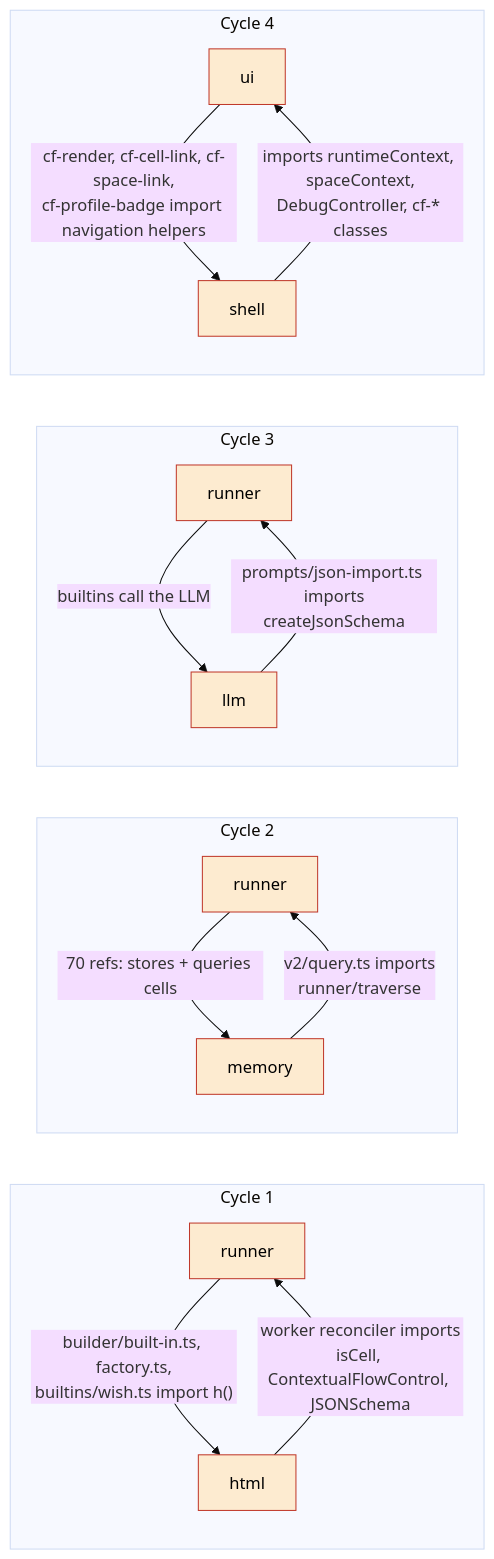
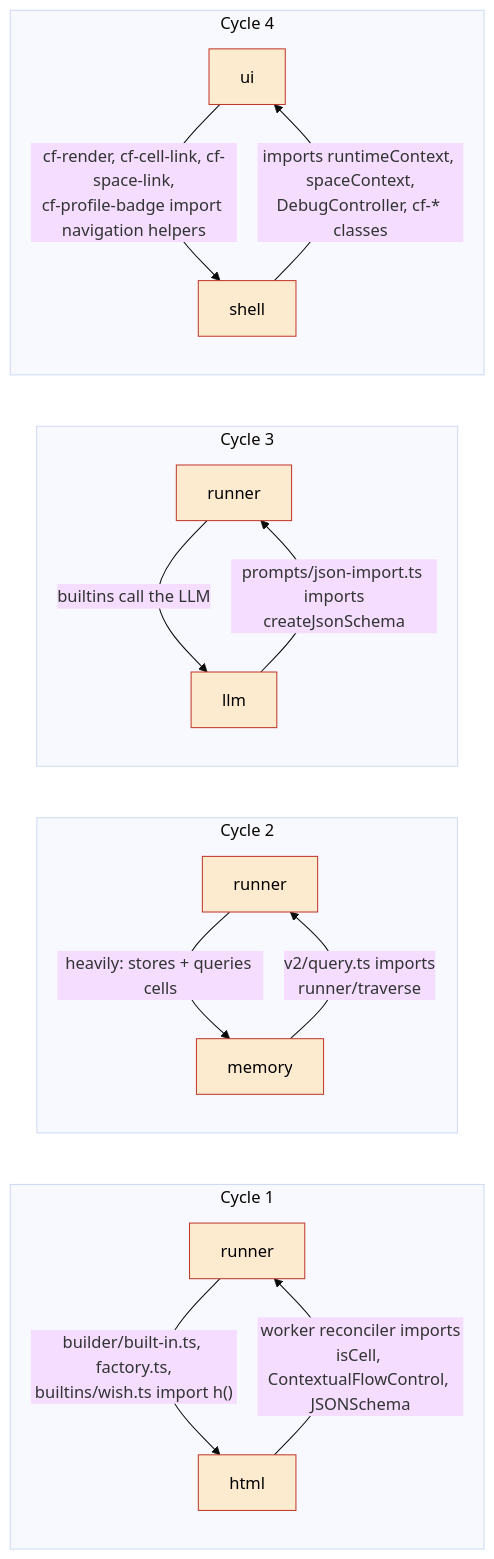
One commit to commontoolsinc/labs changed the third of 3 diagrams in docs/development/orientation/dependency-graph.md. Above: the diagram before and after it, drawn with Mermaid (base theme). The commit also changed other lines of this file and 8 other files, not shown here.

````diff
--- a/docs/development/orientation/dependency-graph.md
+++ b/docs/development/orientation/dependency-graph.md
@@ -123,29 +124,29 @@
 ```mermaid
 flowchart LR
     classDef cyc fill:#fdebd0,stroke:#c0392b,color:#000
 
     subgraph c1["Cycle 1"]
         runner1["runner"]:::cyc
         html1["html"]:::cyc
         runner1 -->|"builder/built-in.ts, factory.ts,<br/>builtins/wish.ts import h()"| html1
         html1 -->|"worker reconciler imports<br/>isCell, ContextualFlowControl, JSONSchema"| runner1
     end
     subgraph c2["Cycle 2"]
         runner2["runner"]:::cyc
         memory2["memory"]:::cyc
-        runner2 -->|"70 refs: stores + queries cells"| memory2
+        runner2 -->|"heavily: stores + queries cells"| memory2
         memory2 -->|"v2/query.ts imports<br/>runner/traverse"| runner2
     end
     subgraph c3["Cycle 3"]
         runner3["runner"]:::cyc
         llm3["llm"]:::cyc
         runner3 -->|"builtins call the LLM"| llm3
         llm3 -->|"prompts/json-import.ts imports<br/>createJsonSchema"| runner3
     end
     subgraph c4["Cycle 4"]
         ui4["ui"]:::cyc
         shell4["shell"]:::cyc
         ui4 -->|"cf-render, cf-cell-link, cf-space-link,<br/>cf-profile-badge import navigation helpers"| shell4
         shell4 -->|"imports runtimeContext, spaceContext,<br/>DebugController, cf-* classes"| ui4
     end
 ```
````
